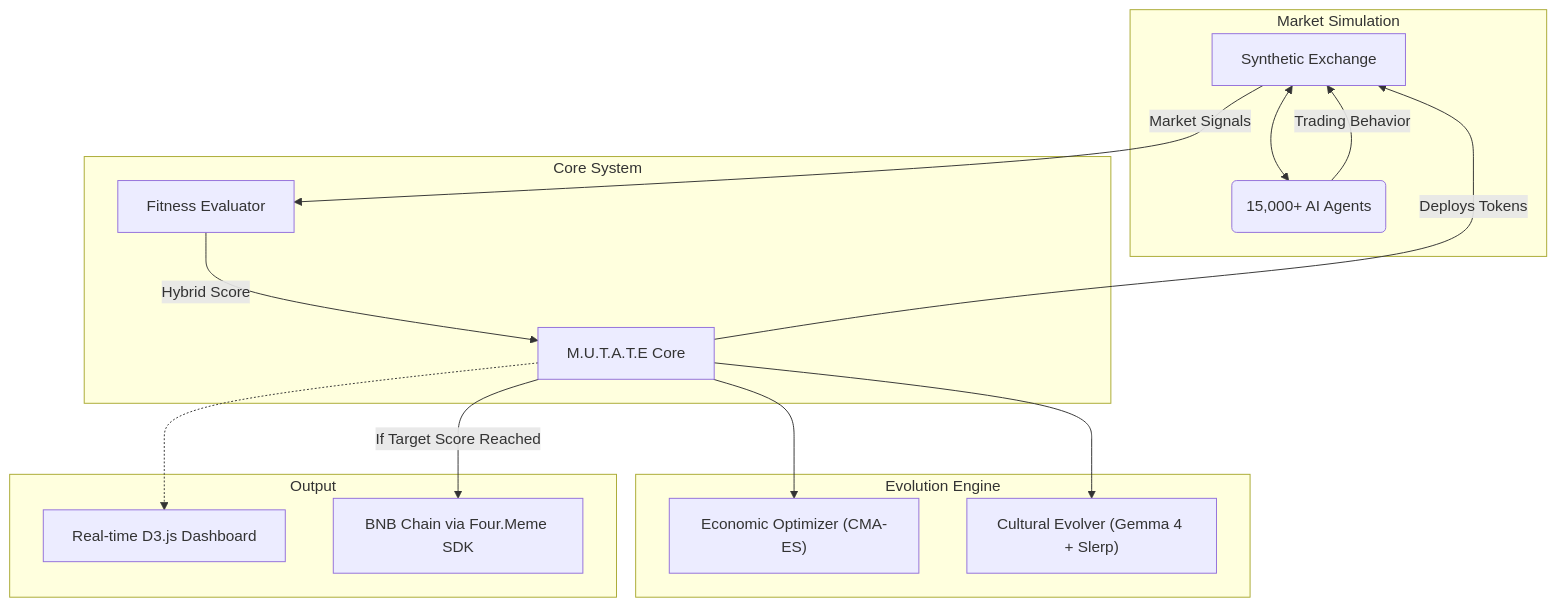
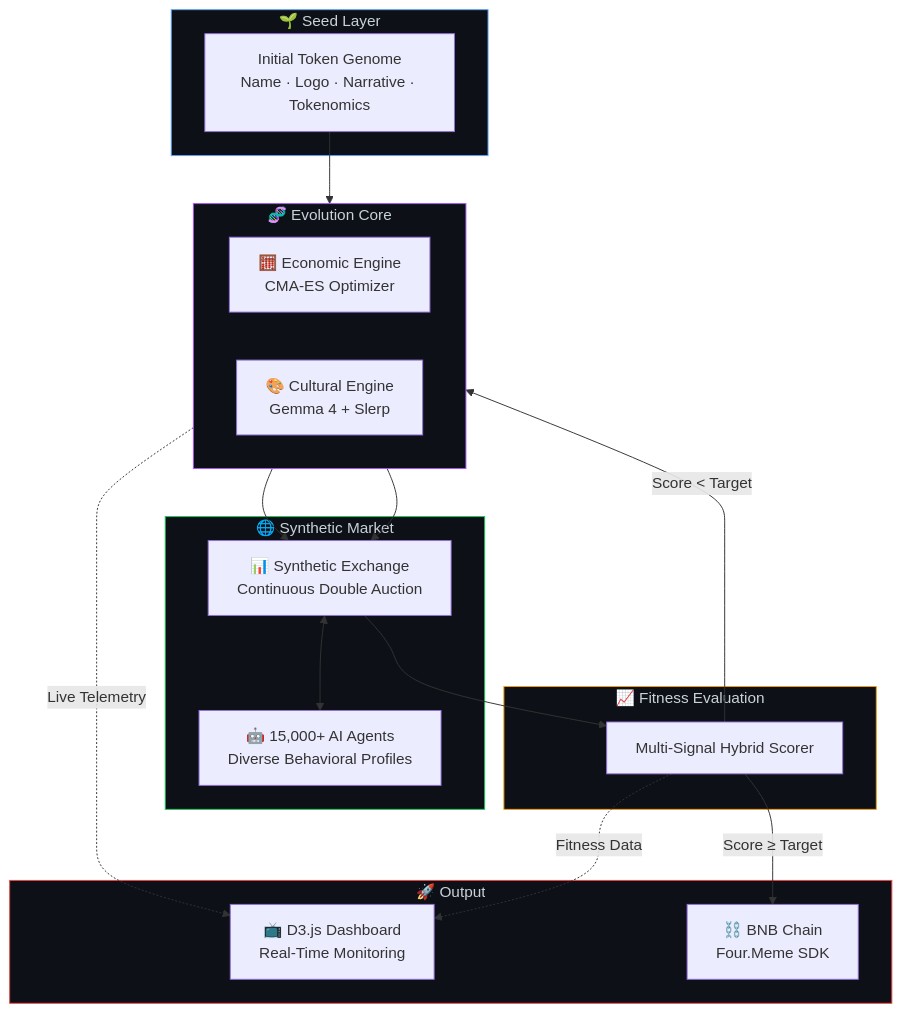
One commit to nikhlu07/M.U.T.A.T.E changed the second of 10 diagrams in README.md. Above: the diagram before and after it, drawn with Mermaid. The commit also changed other lines of this file, not shown here.

````diff
--- a/README.md
+++ b/README.md
@@ -35,29 +94,42 @@
 ```mermaid
 graph TD
-    subgraph Market_Simulation [Market Simulation]
-        A[Synthetic Exchange] <--> B(15,000+ AI Agents)
-        B -->|"Trading Behavior"| A
-    end
-    
-    subgraph Evolution_Engine [Evolution Engine]
-        C["Economic Optimizer (CMA-ES)"]
-        D["Cultural Evolver (Gemma 4 + Slerp)"]
-    end
-    
-    subgraph Core_System [Core System]
-        E[M.U.T.A.T.E Core]
-        E -->|"Deploys Tokens"| A
-        A -->|"Market Signals"| F[Fitness Evaluator]
-        F -->|"Hybrid Score"| E
-        E --> C
-        E --> D
+    subgraph Input_Layer ["🌱 Seed Layer"]
+        SEED["Initial Token Genome<br/>Name · Logo · Narrative · Tokenomics"]
     end
 
-    subgraph Output
-        G[Real-time D3.js Dashboard]
-        H[BNB Chain via Four.Meme SDK]
+    subgraph Evolution_Core ["🧬 Evolution Core"]
+        direction LR
+        ECO["🧮 Economic Engine<br/>CMA-ES Optimizer"]
+        CUL["🎨 Cultural Engine<br/>Gemma 4 + Slerp"]
     end
-    
-    E -.-> G
-    E -->|"If Target Score Reached"| H
+
+    subgraph Simulation_Environment ["🌐 Synthetic Market"]
+        EX["📊 Synthetic Exchange<br/>Continuous Double Auction"]
+        SWARM["🤖 15,000+ AI Agents<br/>Diverse Behavioral Profiles"]
+        EX <--> SWARM
+    end
+
+    subgraph Evaluation ["📈 Fitness Evaluation"]
+        FIT["Multi-Signal Hybrid Scorer"]
+    end
+
+    subgraph Output_Layer ["🚀 Output"]
+        DASH["📺 D3.js Dashboard<br/>Real-Time Monitoring"]
+        DEPLOY["⛓️ BNB Chain<br/>Four.Meme SDK"]
+    end
+
+    SEED --> Evolution_Core
+    ECO --> EX
+    CUL --> EX
+    EX --> FIT
+    FIT -->|"Score < Target"| Evolution_Core
+    FIT -->|"Score ≥ Target"| DEPLOY
+    Evolution_Core -.->|"Live Telemetry"| DASH
+    FIT -.->|"Fitness Data"| DASH
+
+    style Input_Layer fill:#0d1117,stroke:#58a6ff,color:#c9d1d9
+    style Evolution_Core fill:#0d1117,stroke:#a855f7,color:#c9d1d9
+    style Simulation_Environment fill:#0d1117,stroke:#22c55e,color:#c9d1d9
+    style Evaluation fill:#0d1117,stroke:#f59e0b,color:#c9d1d9
+    style Output_Layer fill:#0d1117,stroke:#ef4444,color:#c9d1d9
 ```
````
